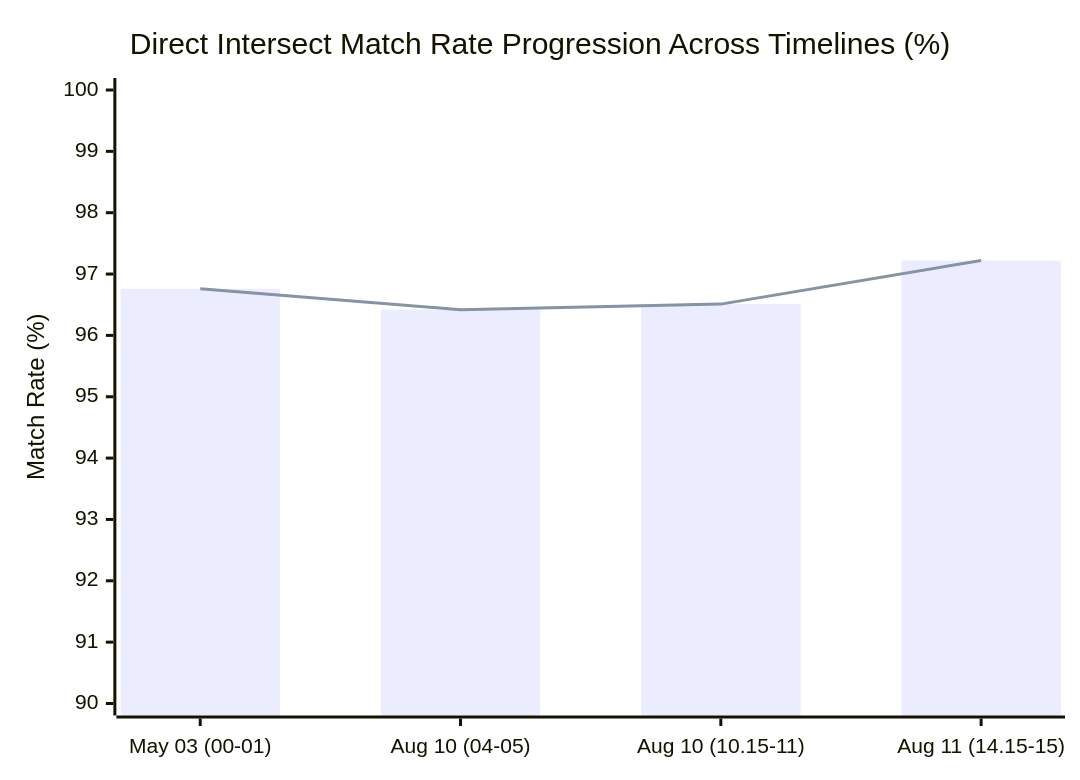
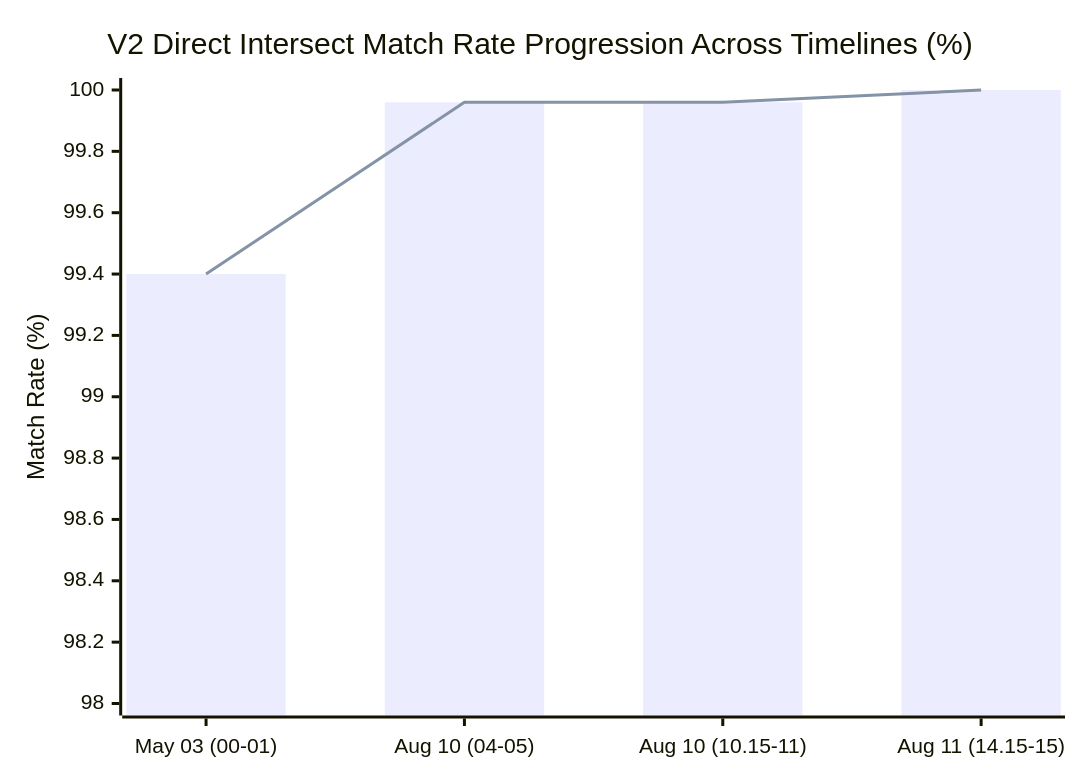
One commit to NeelmaniR-Useready/PolarDocs changed the first of 4 diagrams in Final_Report.md. Above: the diagram before and after it, drawn with Mermaid. The commit also changed other lines of this file and 9 other files, not shown here.

````diff
--- a/Final_Report.md
+++ b/Final_Report.md
@@ -29,8 +30,8 @@
 ```mermaid
 xychart-beta
-    title "Direct Intersect Match Rate Progression Across Timelines (%)"
+    title "V2 Direct Intersect Match Rate Progression Across Timelines (%)"
     x-axis ["May 03 (00-01)", "Aug 10 (04-05)", "Aug 10 (10.15-11)", "Aug 11 (14.15-15)"]
-    y-axis "Match Rate (%)" 90 --> 100
-    bar [96.76, 96.42, 96.51, 97.22]
-    line [96.76, 96.42, 96.51, 97.22]
+    y-axis "Match Rate (%)" 98 --> 100
+    bar [99.40, 99.96, 99.96, 100.00]
+    line [99.40, 99.96, 99.96, 100.00]
 ```
````
